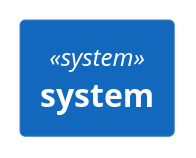
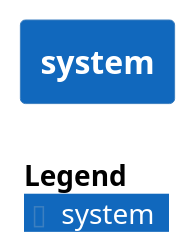
The diagram in examples/dia_dist/c4/test_c4_2.c4.puml (Konstantin-Dudersky/dataclass_to_diagram), drawn with PlantUML before and after one commit. The commit also changed 6 other files, not shown here.

Commit message:
c4 show_legend

```diff
--- a/examples/dia_dist/c4/test_c4_2.c4.puml
+++ b/examples/dia_dist/c4/test_c4_2.c4.puml
@@ -1,4 +1,5 @@
 @startuml
 !include C4_Dynamic.puml
-System($alias=139974568407312, $label="system")
+System($alias=139972264884176, $label="system")
+SHOW_LEGEND()
 @enduml
```
